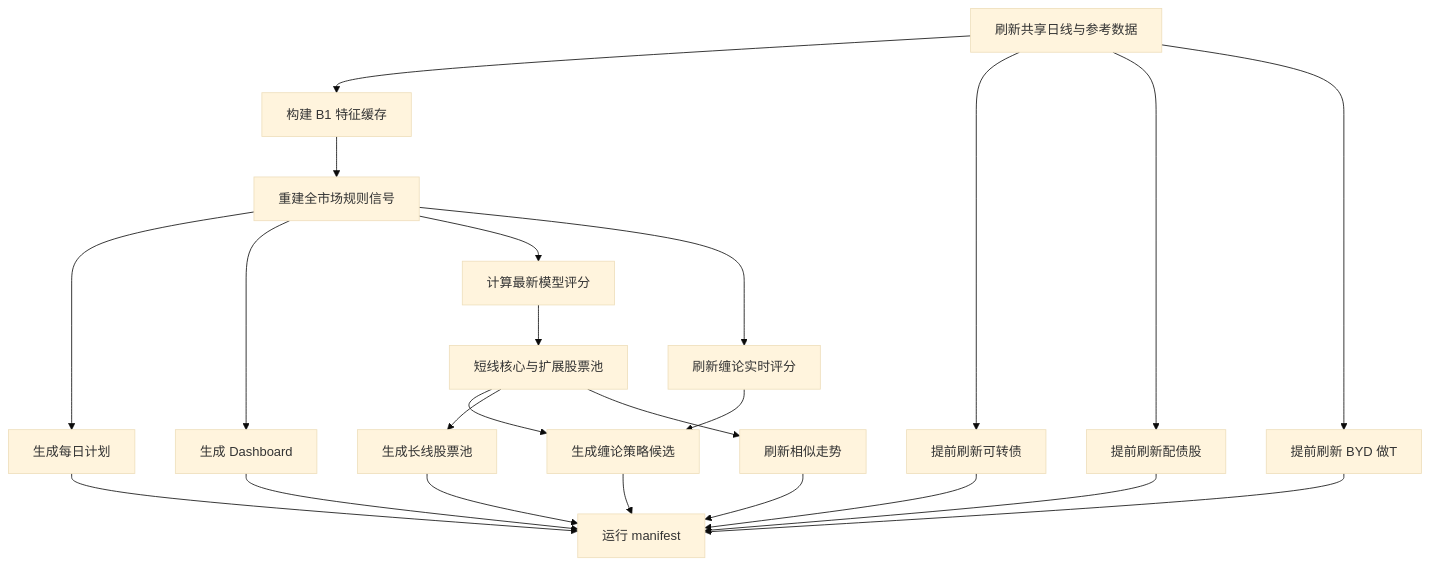
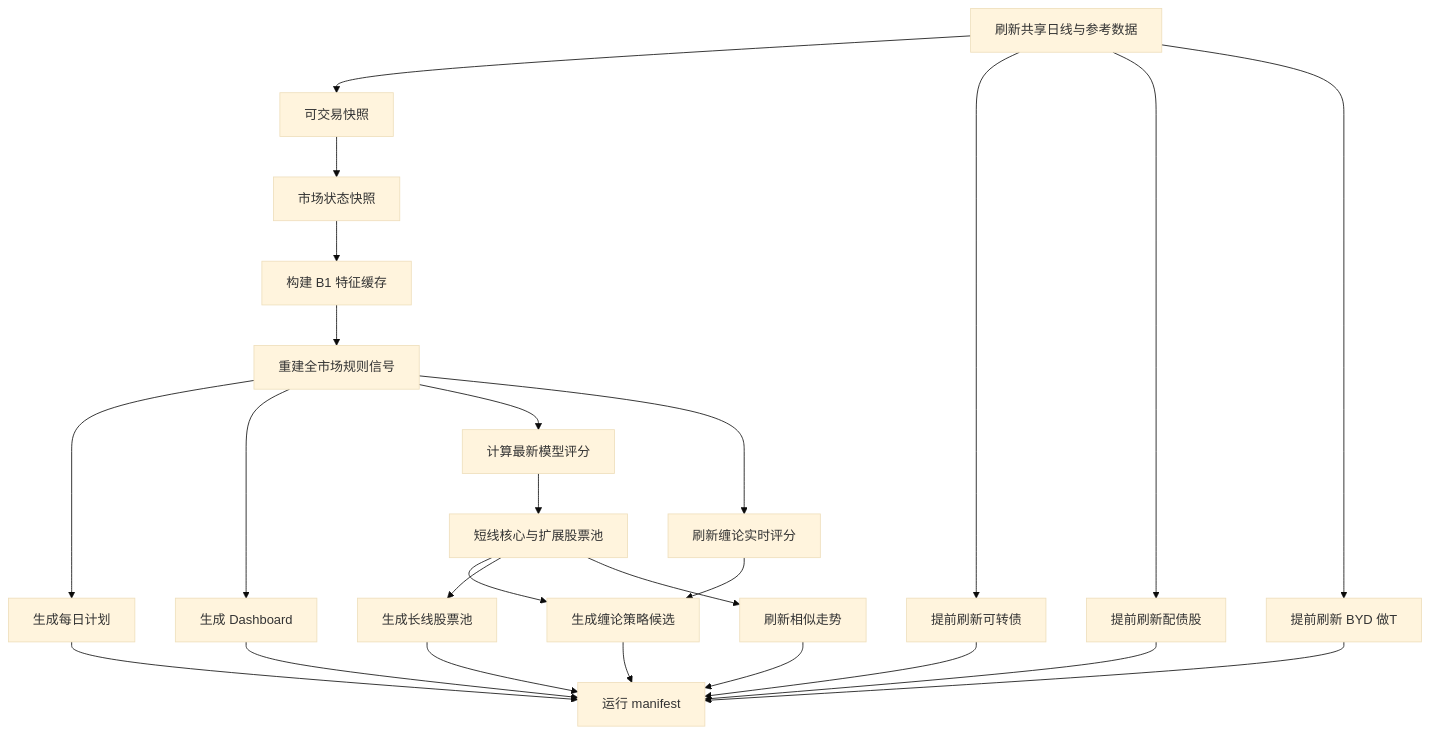
One commit to pDeathlok/quant changed the third of 3 diagrams in docs/architecture.md. Above: the diagram before and after it, drawn with Mermaid (base theme). The commit also changed other lines of this file and 65 other files, not shown here.

````diff
--- a/docs/architecture.md
+++ b/docs/architecture.md
@@ -85,25 +90,27 @@
 ```mermaid
 flowchart TD
-    A[刷新共享日线与参考数据] --> B1[构建 B1 特征缓存]
+    A[刷新共享日线与参考数据] --> T[可交易快照]
+    T --> R[市场状态快照]
+    R --> B1[构建 B1 特征缓存]
     B1 --> B2[重建全市场规则信号]
     A --> W3[提前刷新可转债]
     A --> W4[提前刷新配债股]
     A --> W5[提前刷新 BYD 做T]
     B2 --> E1[生成每日计划]
     B2 --> E2[生成 Dashboard]
     B2 --> C[计算最新模型评分]
     B2 --> CS[刷新缠论实时评分]
     C --> D[短线核心与扩展股票池]
     CS --> W1[生成缠论策略候选]
     D --> W1
     D --> W2[生成长线股票池]
     D --> W6[刷新相似走势]
     E1 --> M[运行 manifest]
     E2 --> M
     W1 --> M
     W2 --> M
     W3 --> M
     W4 --> M
     W5 --> M
     W6 --> M
 ```
````
